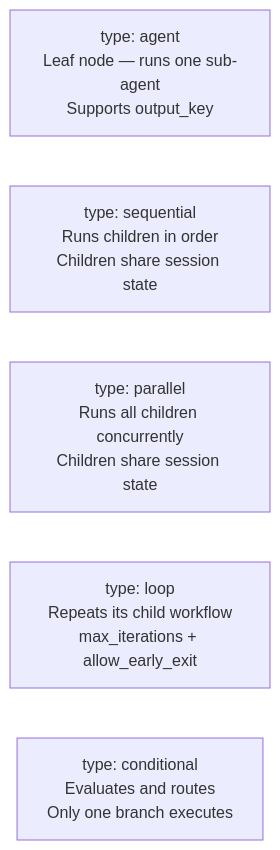
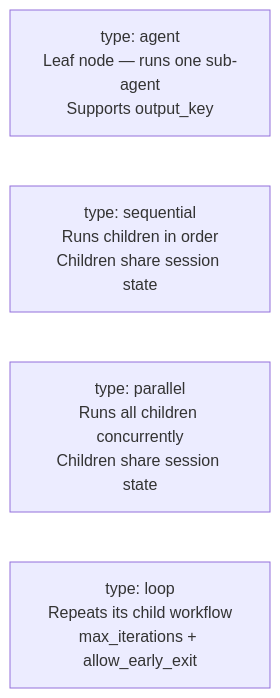
Diagram 13 of 13 in modules/templates/catalog/ARCHITECTURE.md (MKAPersonalOrganization/AgenticWorkflowPlatform), drawn with Mermaid before and after one commit. The commit also changed other lines of this file and 8 other files, not shown here.

````diff
--- a/modules/templates/catalog/ARCHITECTURE.md
+++ b/modules/templates/catalog/ARCHITECTURE.md
@@ -773,8 +486,7 @@
 ```mermaid
 flowchart LR
     A["type: agent\nLeaf node — runs one sub-agent\nSupports output_key"]
     S["type: sequential\nRuns children in order\nChildren share session state"]
     P["type: parallel\nRuns all children concurrently\nChildren share session state"]
     L["type: loop\nRepeats its child workflow\nmax_iterations + allow_early_exit"]
-    C["type: conditional\nEvaluates and routes\nOnly one branch executes"]
 ```
````
